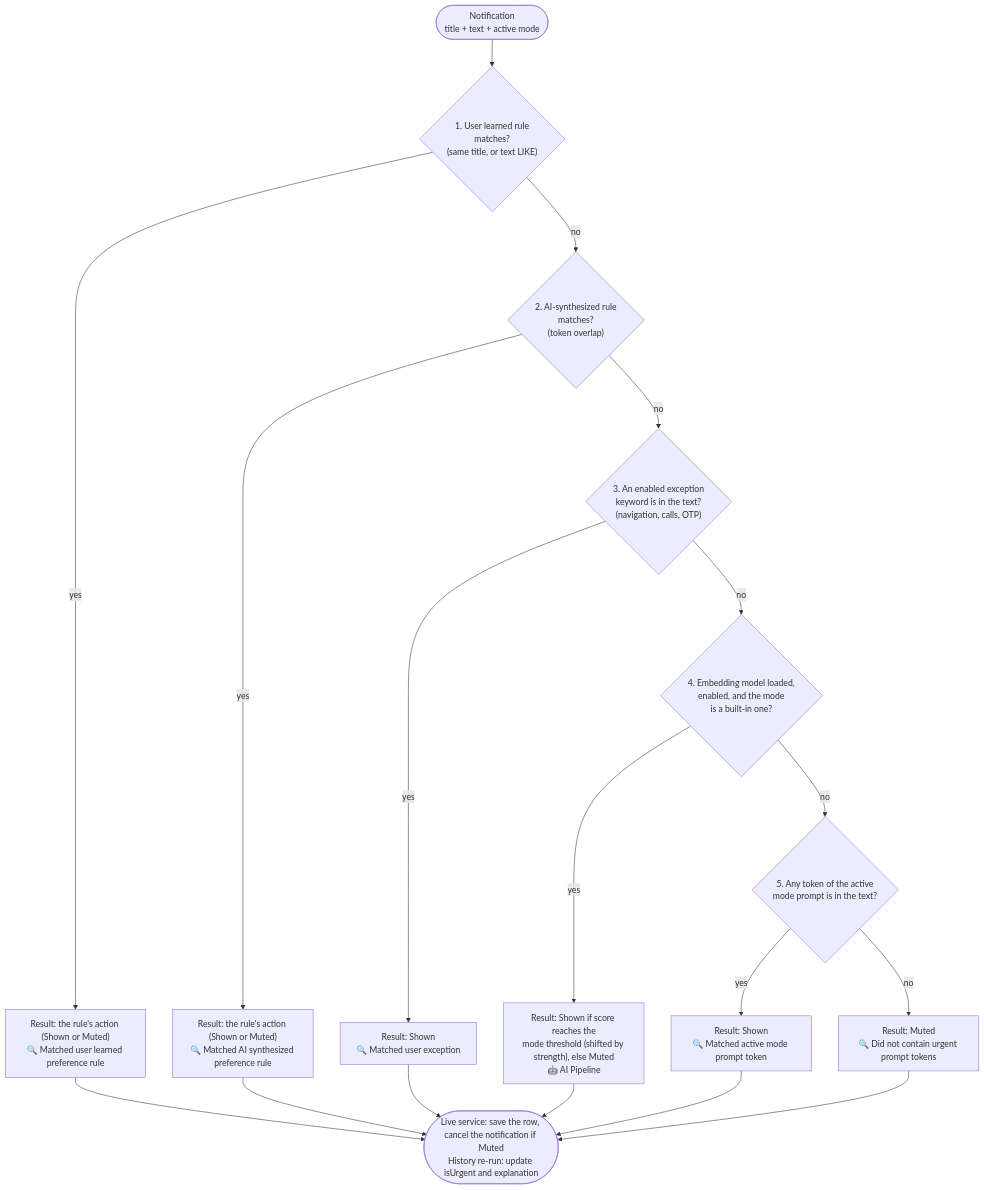
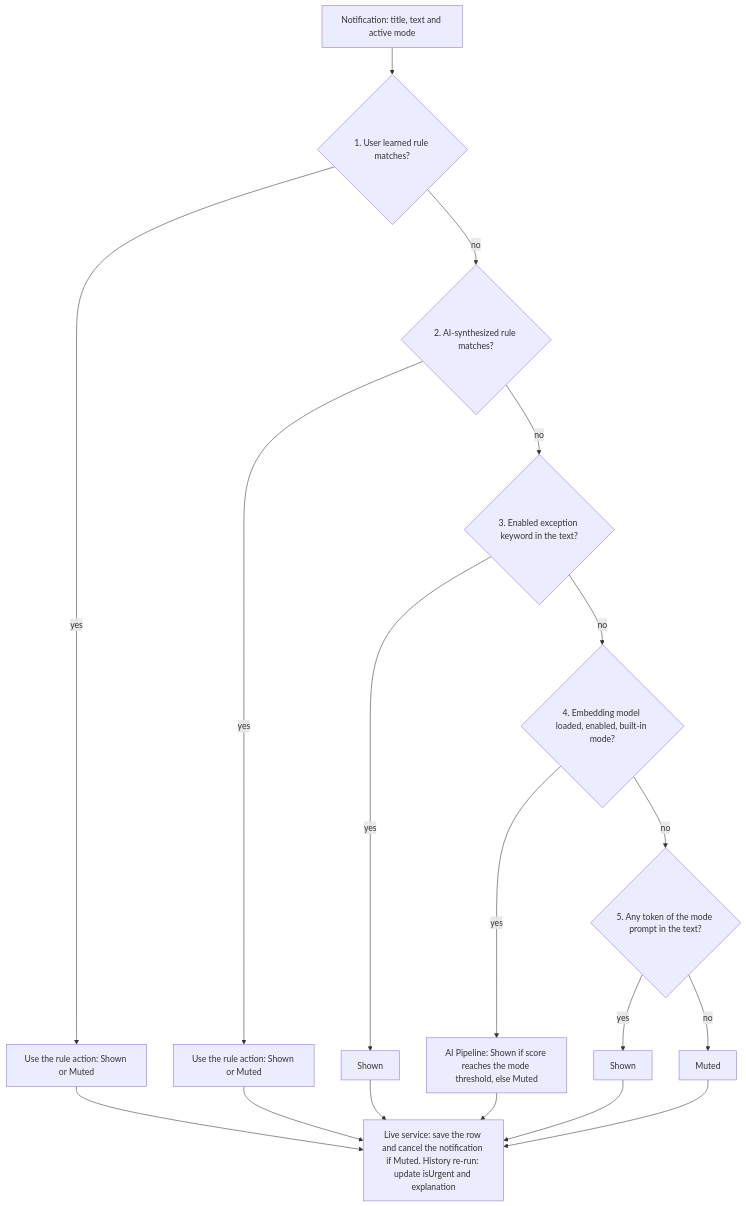
The diagram in docs/ai_classification_and_modes.md (gnanaswaroop/FocusRefine), drawn with Mermaid before and after one commit. The commit also changed 1 other file, not shown here.

Commit message:
docs: simplify mermaid diagrams for older viewers
Plain graph TD with quoted labels only: no emoji, line-break tags,
stadium shapes or special characters. Both diagrams parse in Mermaid
8.14, 9.4 and 10.9.

Claude-Session: https://claude.ai/code/session_01HgUeSR4BCBgNstgZuebsvM

````diff
--- a/docs/ai_classification_and_modes.md
+++ b/docs/ai_classification_and_modes.md
@@ -91,21 +91,20 @@
 ```mermaid
-flowchart TD
-    N(["Notification<br/>title + text + active mode"]) --> L{"1. User learned rule<br/>matches?<br/>(same title, or text LIKE)"}
-    L -- yes --> R1["Result: the rule's action (Shown or Muted)<br/>🔍 Matched user learned preference rule"]
-    L -- no --> S{"2. AI-synthesized rule<br/>matches?<br/>(token overlap)"}
-    S -- yes --> R2["Result: the rule's action (Shown or Muted)<br/>🔍 Matched AI synthesized preference rule"]
-    S -- no --> E{"3. An enabled exception<br/>keyword is in the text?<br/>(navigation, calls, OTP)"}
-    E -- yes --> R3["Result: Shown<br/>🔍 Matched user exception"]
-    E -- no --> M{"4. Embedding model loaded,<br/>enabled, and the mode<br/>is a built-in one?"}
-    M -- yes --> R4["Result: Shown if score reaches the<br/>mode threshold (shifted by strength), else Muted<br/>🤖 AI Pipeline"]
-    M -- no --> K{"5. Any token of the active<br/>mode prompt is in the text?"}
-    K -- yes --> R5["Result: Shown<br/>🔍 Matched active mode prompt token"]
-    K -- no --> R6["Result: Muted<br/>🔍 Did not contain urgent prompt tokens"]
-
-    R1 --> D(["Live service: save the row, cancel the notification if Muted<br/>History re-run: update isUrgent and explanation"])
+graph TD
+    N["Notification: title, text and active mode"] --> L{"1. User learned rule matches?"}
+    L -->|yes| R1["Use the rule action: Shown or Muted"]
+    L -->|no| S{"2. AI-synthesized rule matches?"}
+    S -->|yes| R2["Use the rule action: Shown or Muted"]
+    S -->|no| E{"3. Enabled exception keyword in the text?"}
+    E -->|yes| R3["Shown"]
+    E -->|no| M{"4. Embedding model loaded, enabled, built-in mode?"}
+    M -->|yes| R4["AI Pipeline: Shown if score reaches the mode threshold, else Muted"]
+    M -->|no| K{"5. Any token of the mode prompt in the text?"}
+    K -->|yes| R5["Shown"]
+    K -->|no| R6["Muted"]
+    R1 --> D["Live service: save the row and cancel the notification if Muted. History re-run: update isUrgent and explanation"]
     R2 --> D
     R3 --> D
     R4 --> D
     R5 --> D
     R6 --> D
 ```
````
